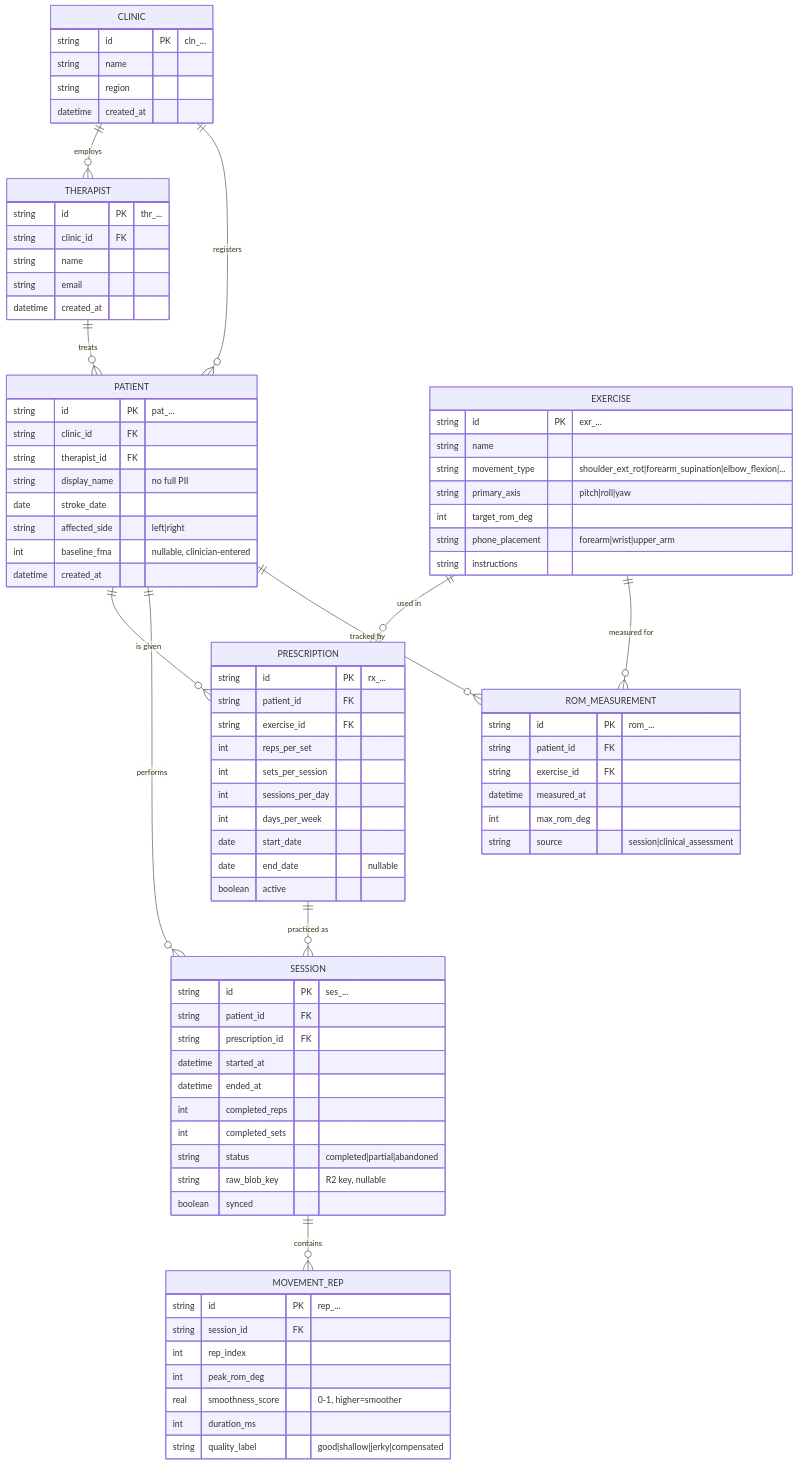
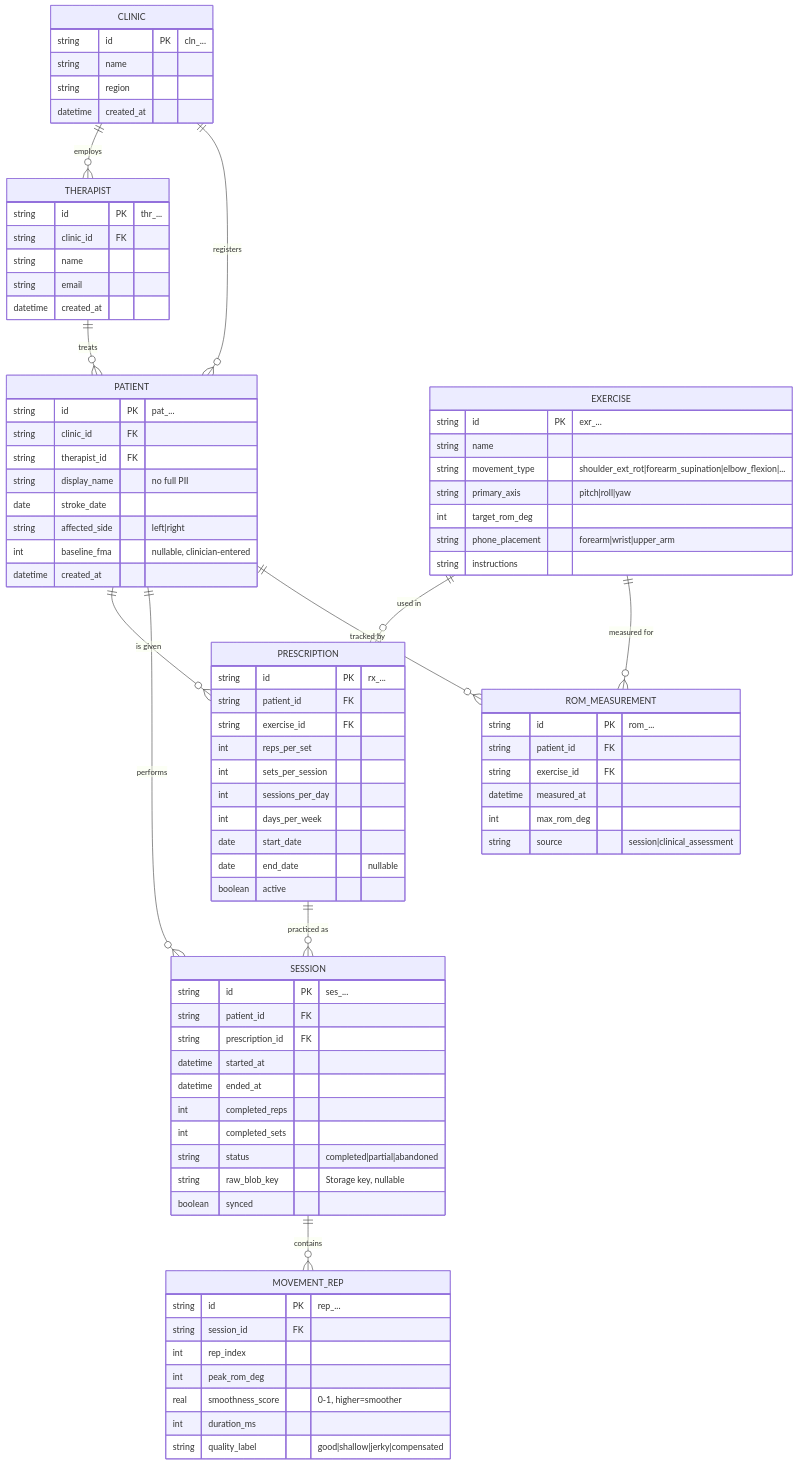
One commit to radityawsgtg/Pulihgo changed the second of 3 diagrams in pulihgo-app/docs/03-database.md. Above: the diagram before and after it, drawn with Mermaid. The commit also changed other lines of this file and 5 other files, not shown here.

```diff
--- a/pulihgo-app/docs/03-database.md
+++ b/pulihgo-app/docs/03-database.md
@@ -73,7 +192,7 @@
         int completed_reps
         int completed_sets
         string status "completed|partial|abandoned"
-        string raw_blob_key "R2 key, nullable"
+        string raw_blob_key "Storage key, nullable"
         boolean synced
     }
     MOVEMENT_REP {
```
